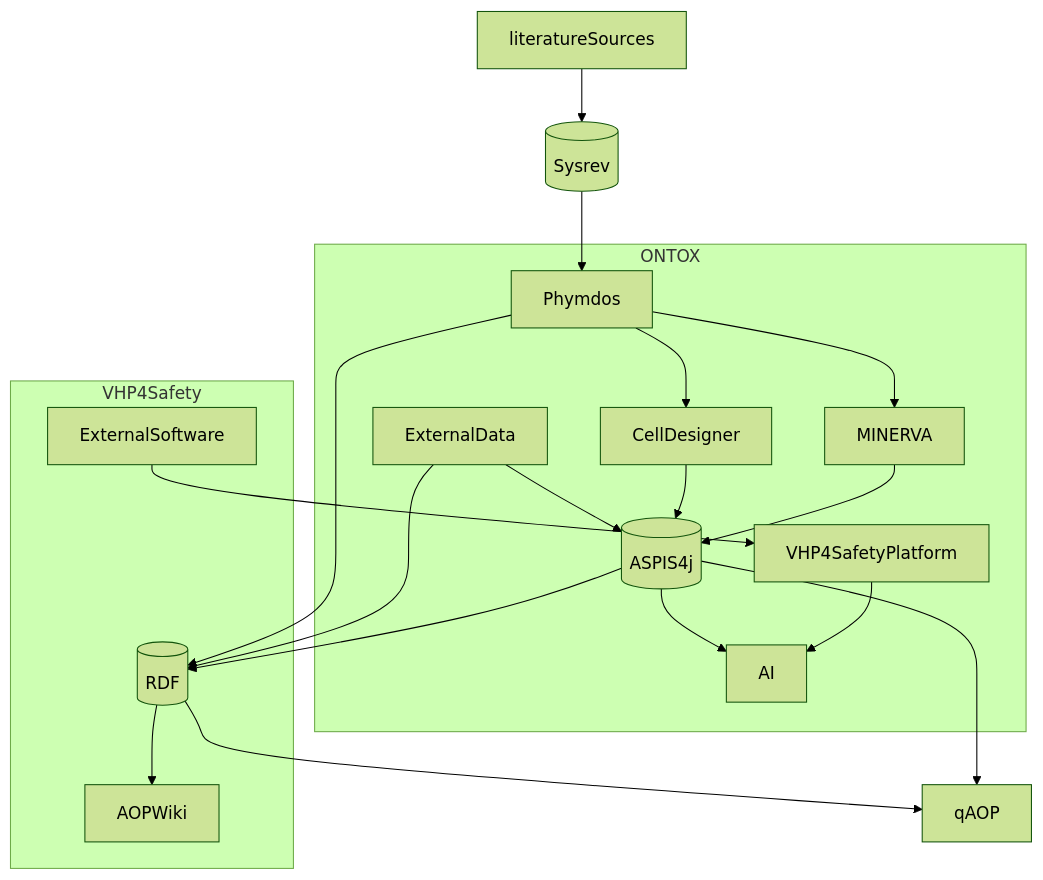
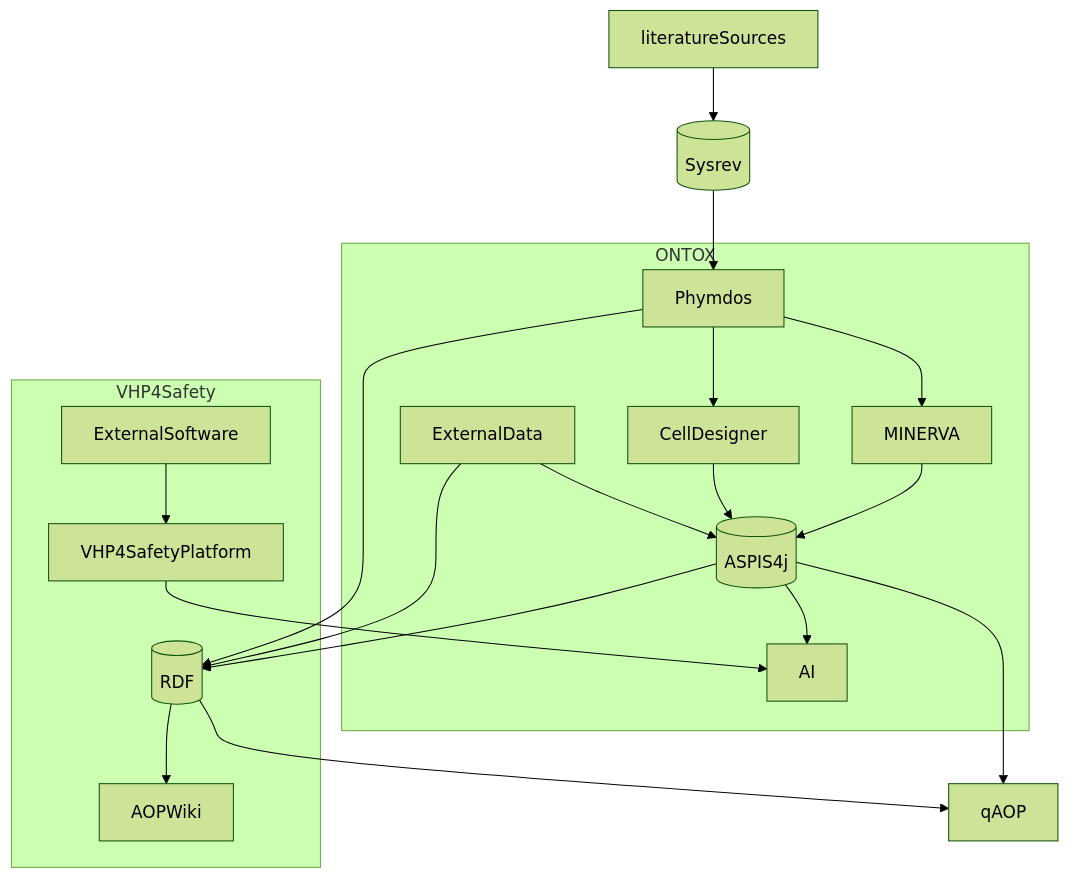
Before and after one commit to ontox-hu/workflows: the diagram in ONTOX-vs-VHP4Safety.md, drawn with Mermaid (forest theme).

````diff
--- a/ONTOX-vs-VHP4Safety.md
+++ b/ONTOX-vs-VHP4Safety.md
@@ -1,29 +1,30 @@
 ```mermaid
 flowchart TB
     literatureSources-->Sysrev[(Sysrev)]
     Sysrev[(Sysrev)]-->Phymdos
     
     subgraph ONTOX
     Phymdos-->MINERVA
     Phymdos-->CellDesigner
     ExternalData-->ASPIS4j[(ASPIS4j)]
     CellDesigner-->ASPIS4j[(ASPIS4j)]
     MINERVA-->ASPIS4j[(ASPIS4j)]
     ASPIS4j[(ASPIS4j)]-->AI
-    VHP4SafetyPlatform-->AI
+    
     end
     
     subgraph VHP4Safety
     Phymdos-->RDF[(RDF)]
     RDF[(RDF)]-->AOPWiki
     ExternalData-->RDF[(RDF)]
     ExternalSoftware-->VHP4SafetyPlatform
+    VHP4SafetyPlatform-->AI
     end
     
     RDF[(RDF)]-->qAOP
     ASPIS4j[(ASPIS4j)]-->qAOP
     ASPIS4j[(ASPIS4j)]-->RDF[(RDF)]
     
     
     
 ```
````
